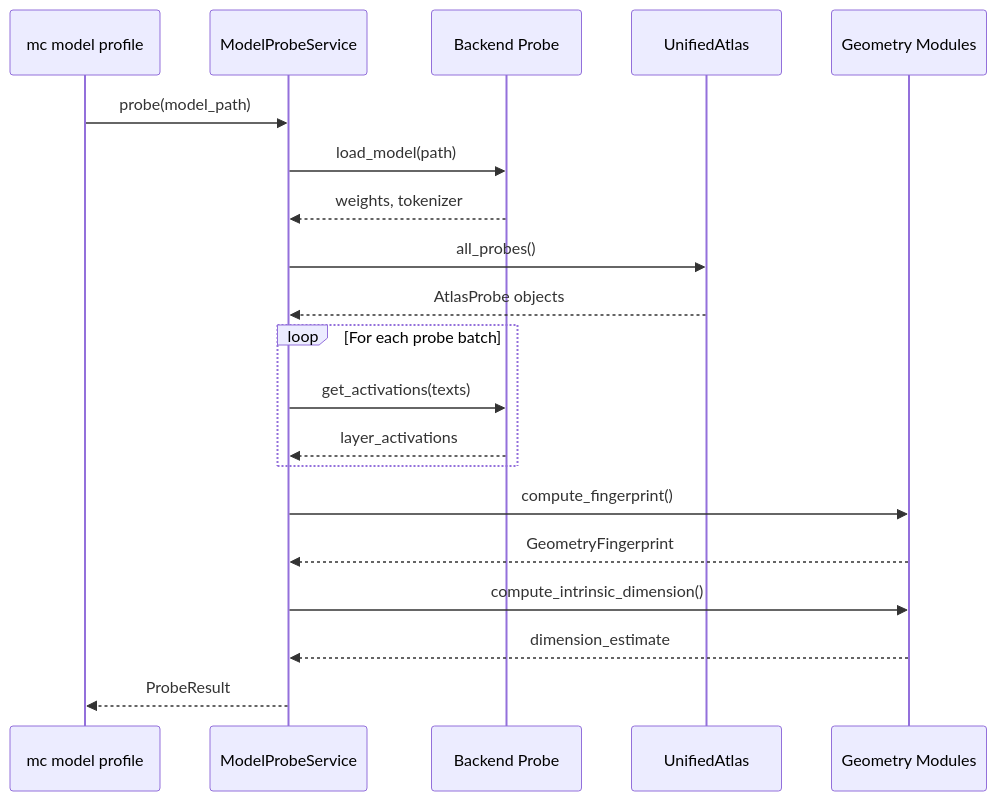
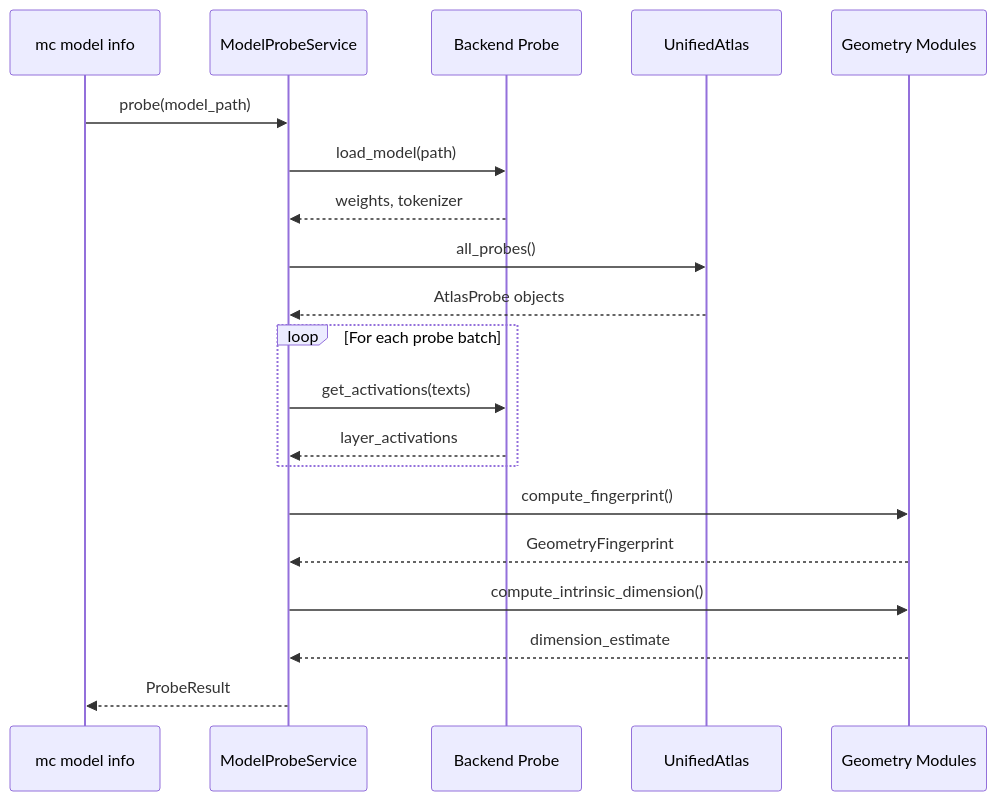
One commit to Ethyros-AI/ModelCypher changed the third of 4 diagrams in docs/ARCHITECTURE.md. Above: the diagram before and after it, drawn with Mermaid. The commit also changed other lines of this file and 33 other files, not shown here.

First line of the commit message:
docs: replace all dead CLI commands with actual mc analyze/model/adapter refs

````diff
--- a/docs/ARCHITECTURE.md
+++ b/docs/ARCHITECTURE.md
@@ -153,28 +153,28 @@
 ```mermaid
 sequenceDiagram
-    participant CLI as mc model profile
+    participant CLI as mc model info
     participant SVC as ModelProbeService
     participant PROBE as Backend Probe
     participant ATLAS as UnifiedAtlas
     participant GEOM as Geometry Modules
 
     CLI->>SVC: probe(model_path)
     SVC->>PROBE: load_model(path)
     PROBE-->>SVC: weights, tokenizer
 
     SVC->>ATLAS: all_probes()
     ATLAS-->>SVC: AtlasProbe objects
 
     loop For each probe batch
         SVC->>PROBE: get_activations(texts)
         PROBE-->>SVC: layer_activations
     end
 
     SVC->>GEOM: compute_fingerprint()
     GEOM-->>SVC: GeometryFingerprint
 
     SVC->>GEOM: compute_intrinsic_dimension()
     GEOM-->>SVC: dimension_estimate
 
     SVC-->>CLI: ProbeResult
 ```
````
